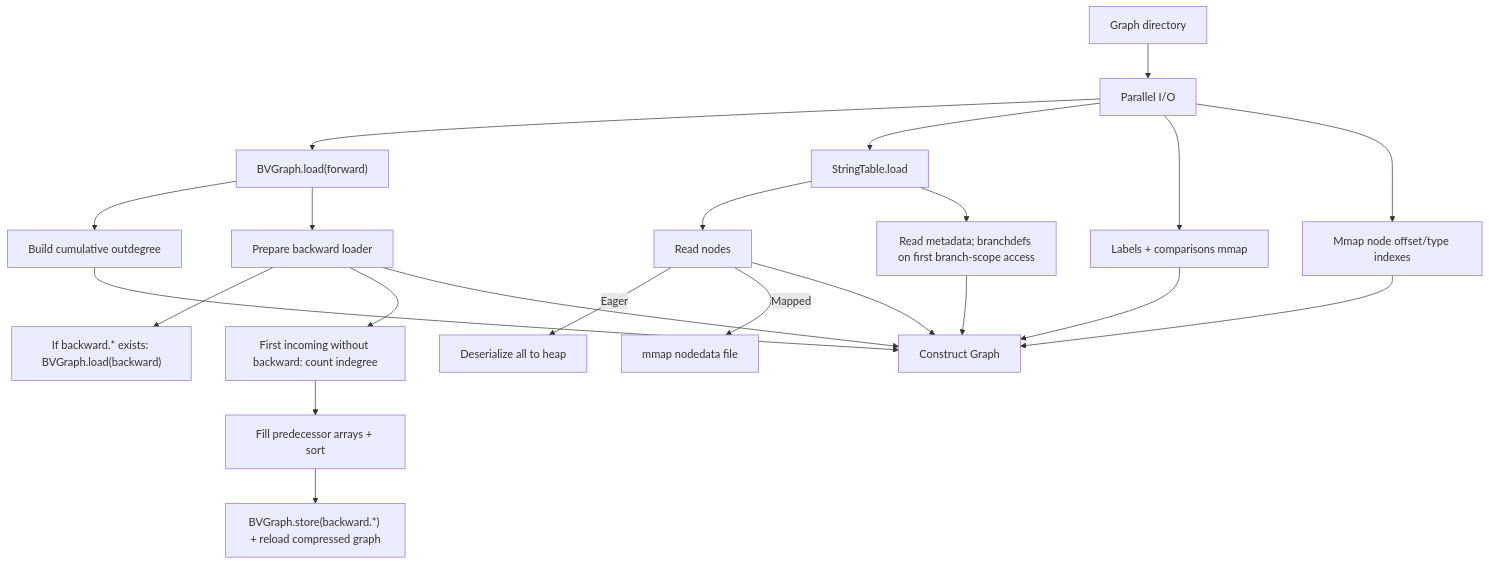
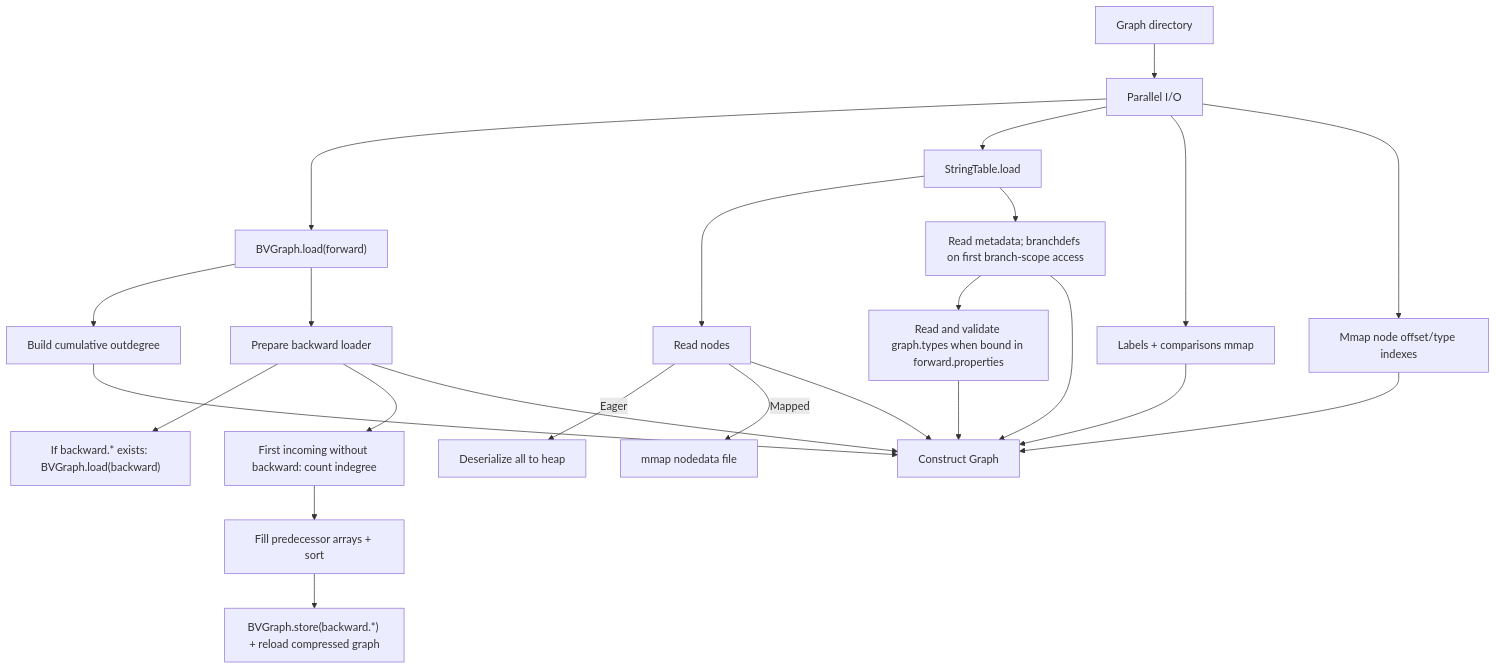
Before and after one commit to johnsonlee/graphite: the fourth of 4 diagrams in docs/webgraph-storage.md, drawn with Mermaid. The commit also changed other lines of this file, not shown here.

Commit message:
docs: diagram storage file relationships

````diff
--- a/docs/webgraph-storage.md
+++ b/docs/webgraph-storage.md
@@ -215,19 +335,20 @@
 ```mermaid
 graph TD
     A[Graph directory] --> B[Parallel I/O]
     B --> B1["BVGraph.load(forward)"]
     B --> B2[StringTable.load]
     B --> B3[Labels + comparisons mmap]
     B --> B4[Mmap node offset/type indexes]
     B1 --> C[Build cumulative outdegree]
     B1 --> D[Prepare backward loader]
     D --> D1["If backward.* exists: BVGraph.load(backward)"]
     D --> D2[First incoming without backward: count indegree]
     D2 --> D3[Fill predecessor arrays + sort]
     D3 --> D4["BVGraph.store(backward.*) + reload compressed graph"]
     B2 --> E[Read nodes]
     E -->|Eager| E1[Deserialize all to heap]
     E -->|Mapped| E2[mmap nodedata file]
     B2 --> F[Read metadata; branchdefs on first branch-scope access]
-C & D & B3 & B4 & E & F --> G[Construct Graph]
+    F --> T[Read and validate graph.types when bound in forward.properties]
+    C & D & B3 & B4 & E & F & T --> G[Construct Graph]
 ```
````
